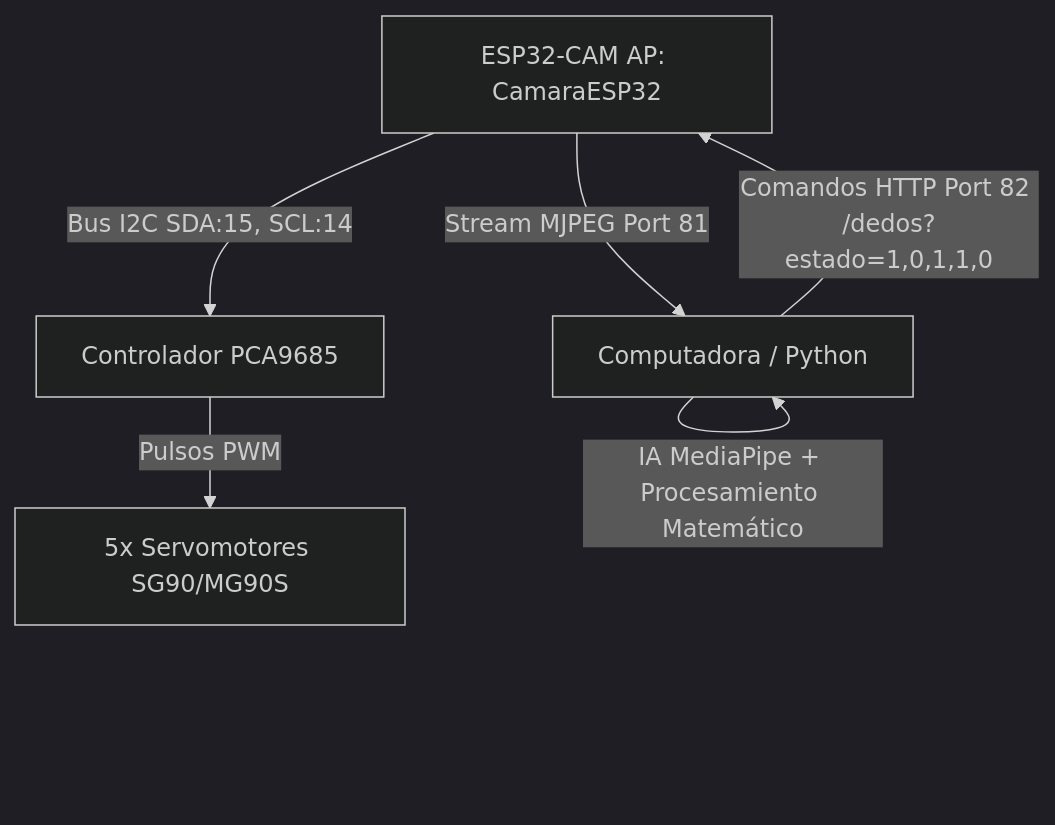
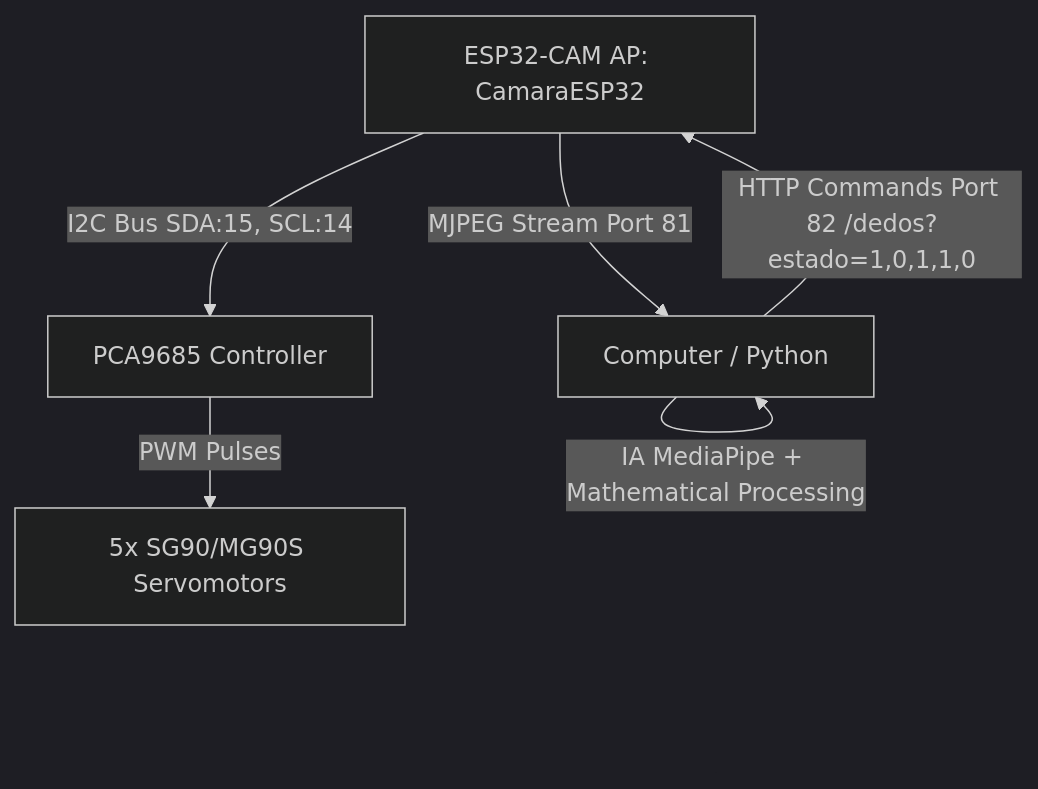
The diagram in README.md (valesnchz/Gesture-Controlled-Hand-ESP32-CAM), drawn with Mermaid (dark theme) before and after one commit. The commit also changed other lines of this file and 1 other file, not shown here.

Commit message:
Translate project documentation and Python comments to English

````diff
--- a/README.md
+++ b/README.md
@@ -11,8 +11,8 @@
 ```mermaid
 graph TD
-    ESP[ESP32-CAM AP: CamaraESP32] -- Stream MJPEG Port 81 --> PC[Computadora / Python]
-    PC -- IA MediaPipe + Procesamiento Matemático --> PC
-    PC -- Comandos HTTP Port 82 /dedos?estado=1,0,1,1,0 --> ESP
-    ESP -- Bus I2C SDA:15, SCL:14 --> PCA[Controlador PCA9685]
-    PCA -- Pulsos PWM --> Servos[5x Servomotores SG90/MG90S]
+    ESP[ESP32-CAM AP: CamaraESP32] -- MJPEG Stream Port 81 --> PC[Computer / Python]
+    PC -- IA MediaPipe + Mathematical Processing --> PC
+    PC -- HTTP Commands Port 82 /dedos?estado=1,0,1,1,0 --> ESP
+    ESP -- I2C Bus SDA:15, SCL:14 --> PCA[PCA9685 Controller]
+    PCA -- PWM Pulses --> Servos[5x SG90/MG90S Servomotors]
 ```
````
